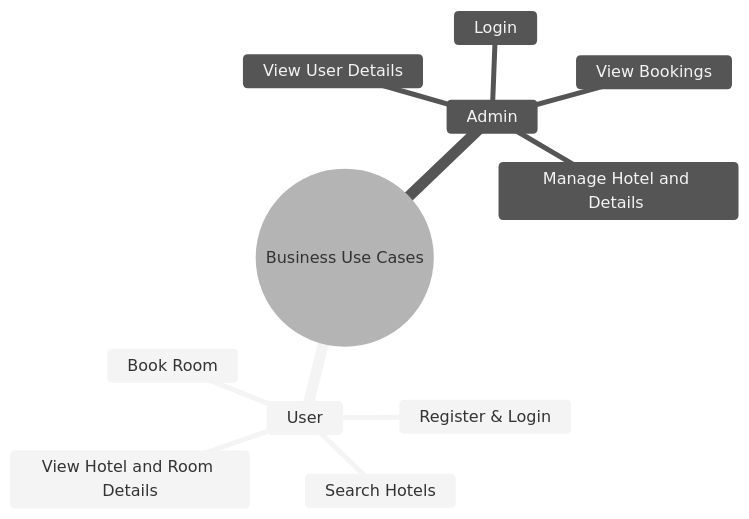
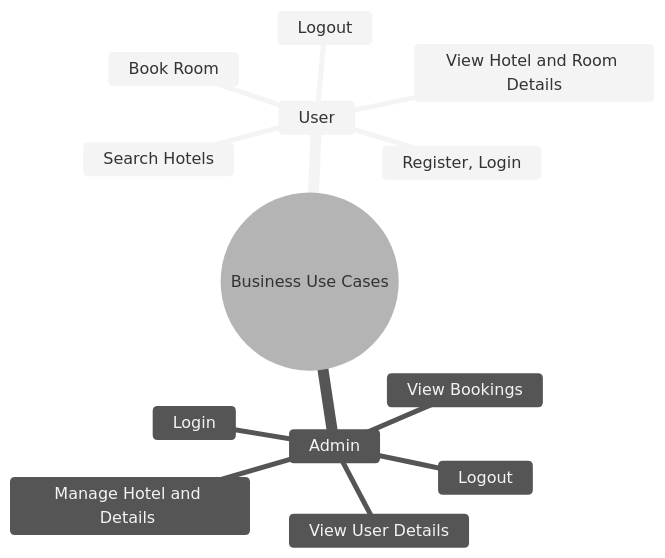
The first of 5 diagrams in docs/business-cases.md (Khush-GKMIT/Hotel-Management-System-Docs), drawn with Mermaid (neutral theme) before and after one commit. The commit also changed other lines of this file and 16 other files, not shown here.

Commit message:
docs: added data modeling diagram

````diff
--- a/docs/business-cases.md
+++ b/docs/business-cases.md
@@ -11,14 +11,16 @@
 ```mermaid
 mindmap
   root((Business Use Cases))
     User
-      Register & Login
+      Register, Login
+      Logout
       Search Hotels
       View Hotel and Room Details
       Book Room
     Admin
-      Login
+      Login 
+      Logout
       Manage Hotel and Details 
       View User Details
       View Bookings
 ```
````
